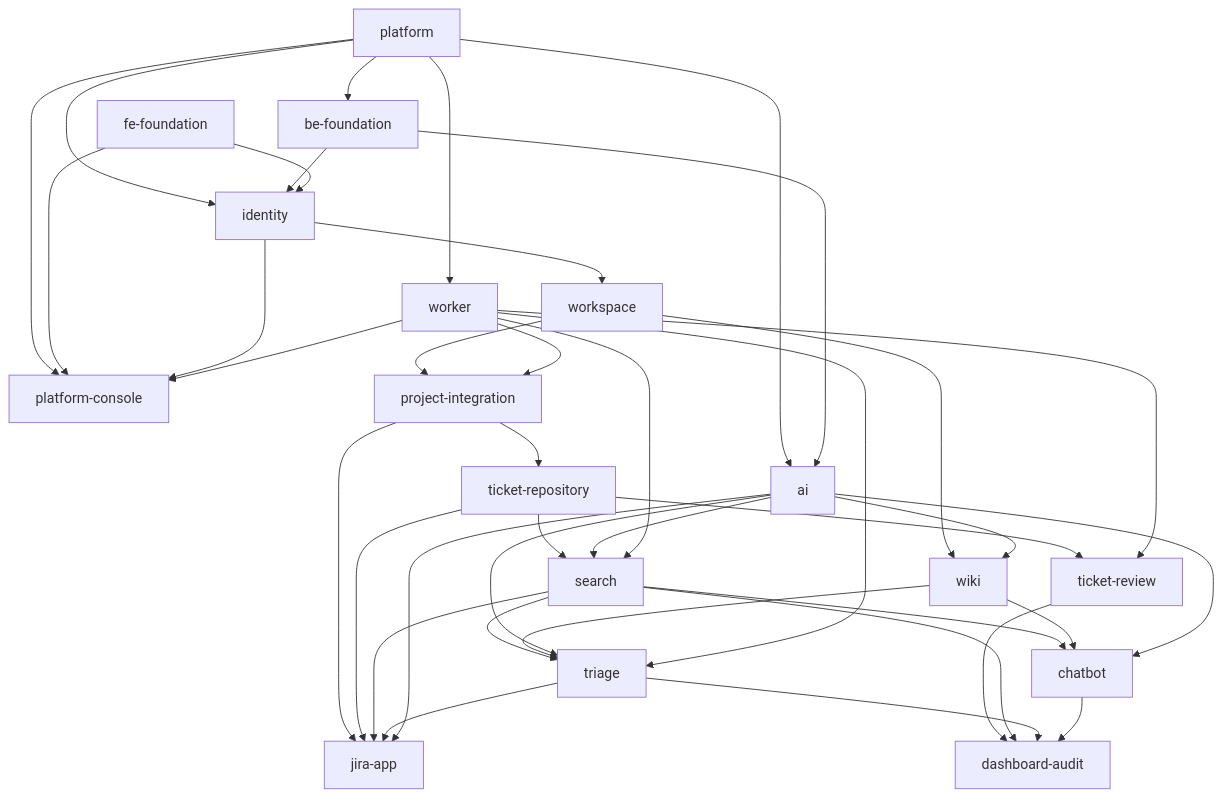
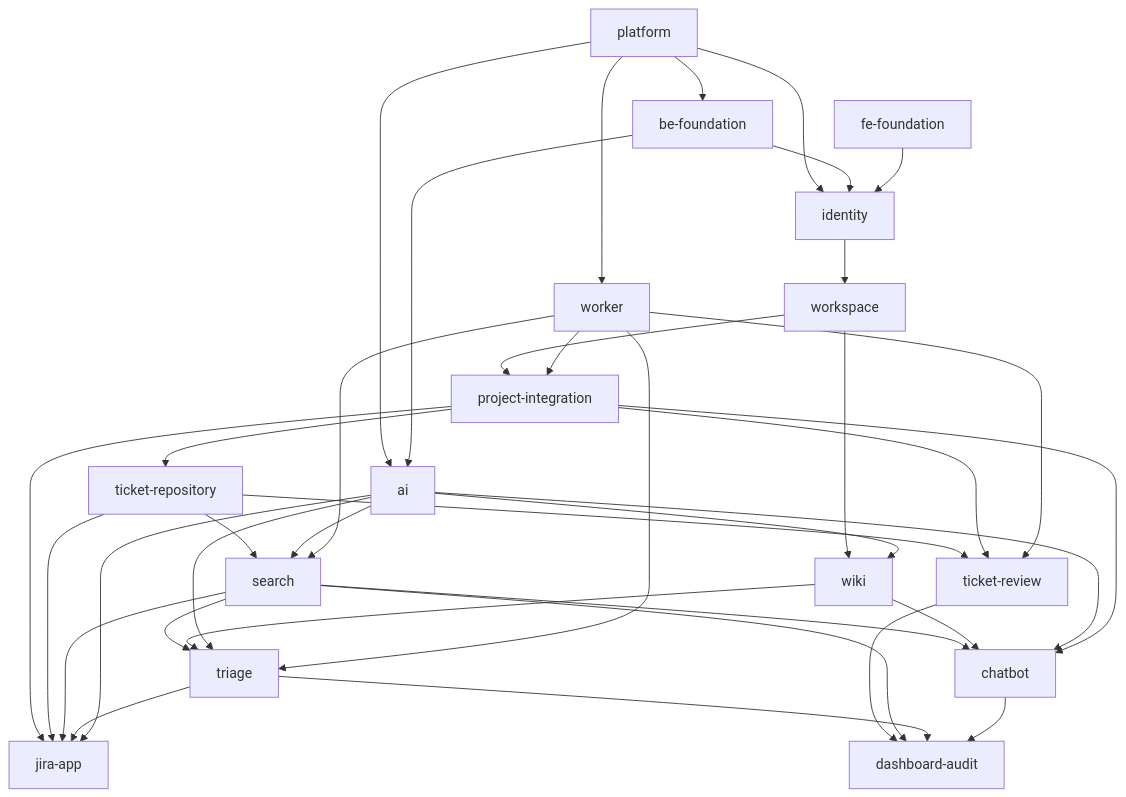
Before and after one commit to T-Solve-team/T-Solve: the diagram in harnessclaude/artifacts/03-modules/module-map.md, drawn with Mermaid. The commit also changed other lines of this file and 22 other files, not shown here.

````diff
--- a/harnessclaude/artifacts/03-modules/module-map.md
+++ b/harnessclaude/artifacts/03-modules/module-map.md
@@ -47,41 +55,39 @@
 ```mermaid
 graph TD
     PL[platform] --> BE[be-foundation]
     PL --> ID[identity]
     PL --> WR[worker]
     PL --> AI[ai]
-    PL --> PC[platform-console]
     BE --> AI
     BE --> ID
     FE[fe-foundation] --> ID
-    FE --> PC
-    ID --> PC
-    WR --> PC
     ID --> WS[workspace]
     WS --> PI[project-integration]
     WR --> PI
     WS --> WK[wiki]
     AI --> WK
     PI --> TR[ticket-repository]
     TR --> SE[search]
     AI --> SE
     WR --> SE
     TR --> RV[ticket-review]
+    PI --> RV
     WR --> RV
     SE --> TG[triage]
     WK --> TG
     AI --> TG
     WR --> TG
     SE --> CB[chatbot]
     WK --> CB
     AI --> CB
+    PI --> CB
     PI --> JA[jira-app]
     TR --> JA
     SE --> JA
     TG --> JA
     AI --> JA
     RV --> DA[dashboard-audit]
     SE --> DA
     TG --> DA
     CB --> DA
 ```
````
